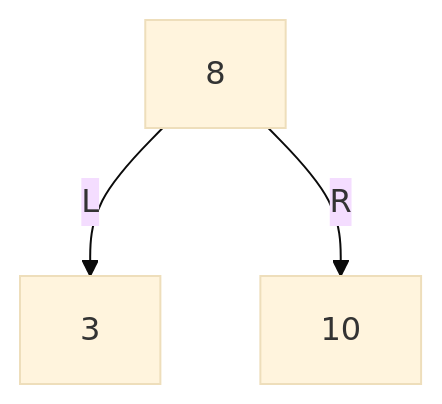
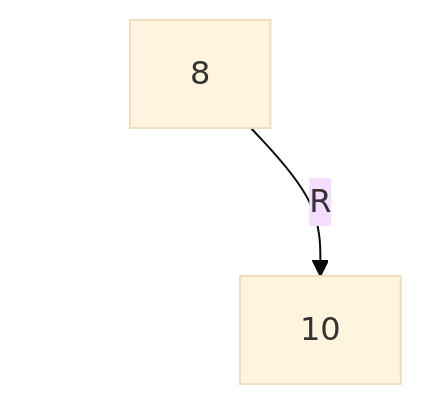
The third of 3 diagrams in tools/ai/application/mermaid_require.md (FormingSystem/linux_note), drawn with Mermaid (base theme) before and after one commit. The commit also changed other lines of this file and 9 other files, not shown here.

First line of the commit message:
docs(repository/writing): 校正参考入口与图形协作约定

````diff
--- a/tools/ai/application/mermaid_require.md
+++ b/tools/ai/application/mermaid_require.md
@@ -81,11 +56,8 @@
 ```mermaid
-graph TD
-		A["8"]
-
-		B["3"]
-		C["10"]
-
-	A -->|L| B
-	A -->|R| C
-
+flowchart TD
+    parent["8"] --> ghost_left[" "]
+    parent -->|"R"| child["10"]
+    classDef ghost fill:transparent,stroke:transparent,color:transparent;
+    class ghost_left ghost;
+    linkStyle 0 stroke:transparent;
 ```
````
